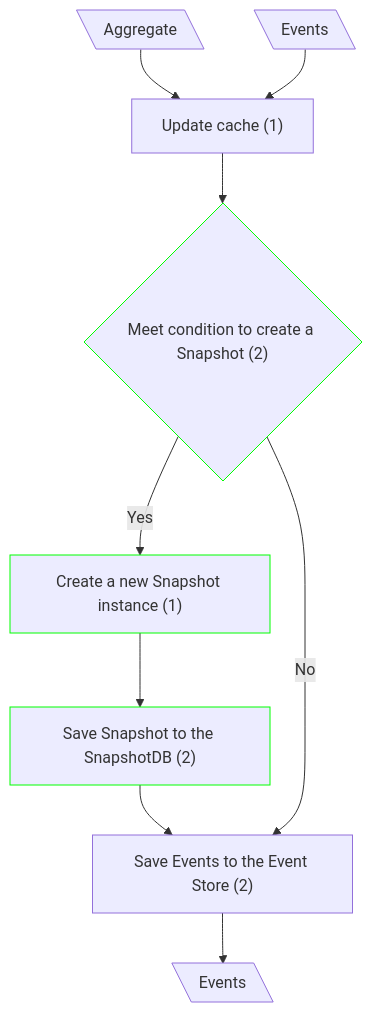
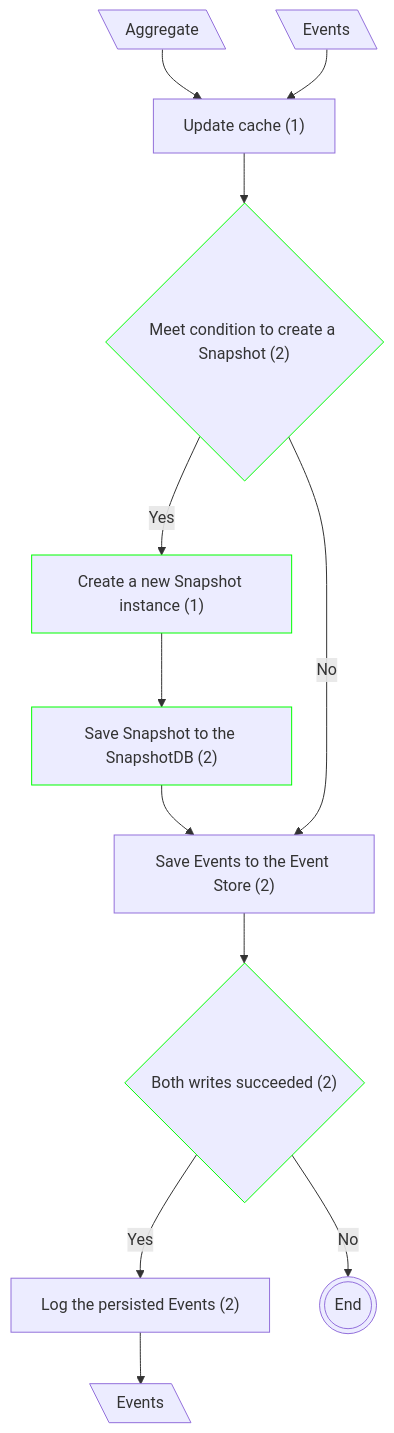
The fourth of 4 diagrams in docs/CF Complexity/Canonical CQRS -> Classical CQRS/update.md (dmitryhruzin/CQRS-variations-test), drawn with Mermaid before and after one commit. The commit also changed other lines of this file and 21 other files, not shown here.

````diff
--- a/docs/CF Complexity/Canonical CQRS -> Classical CQRS/update.md
+++ b/docs/CF Complexity/Canonical CQRS -> Classical CQRS/update.md
@@ -66,14 +69,17 @@
 ```mermaid
 flowchart TD
   classDef mod stroke:#0f0
   A1@{ shape: lean-l, label: "Aggregate" }
   A2@{ shape: lean-l, label: "Events" }
   A1 --> B["Update cache (1)"]
   A2 --> B
   B --> C{"Meet condition to create a Snapshot (2)"}:::mod
   C --Yes--> D["Create a new Snapshot instance (1)"]:::mod
   D --> E1["Save Snapshot to the SnapshotDB (2)"]:::mod
   E1 --> E2["Save Events to the Event Store (2)"]
   C --"No"--> E2
-  E2 --> F@{ shape: lean-l, label: "Events" }
+  E2 --> CF{"Both writes succeeded (2)"}:::mod
+  CF --Yes--> L["Log the persisted Events (2)"]
+  CF --"No"--> X@{ shape: dbl-circ, label: "End" }
+  L --> F@{ shape: lean-l, label: "Events" }
 ```
````
